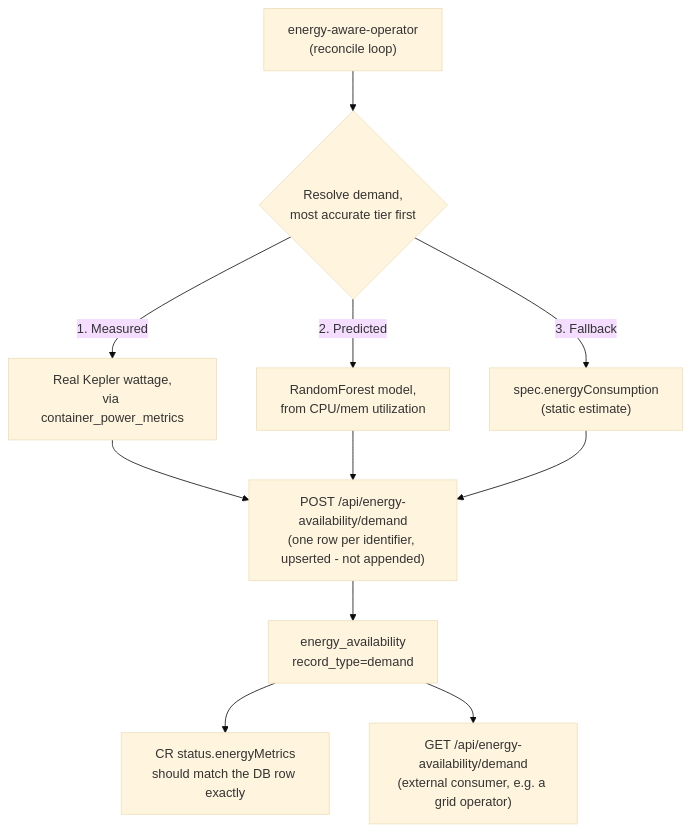
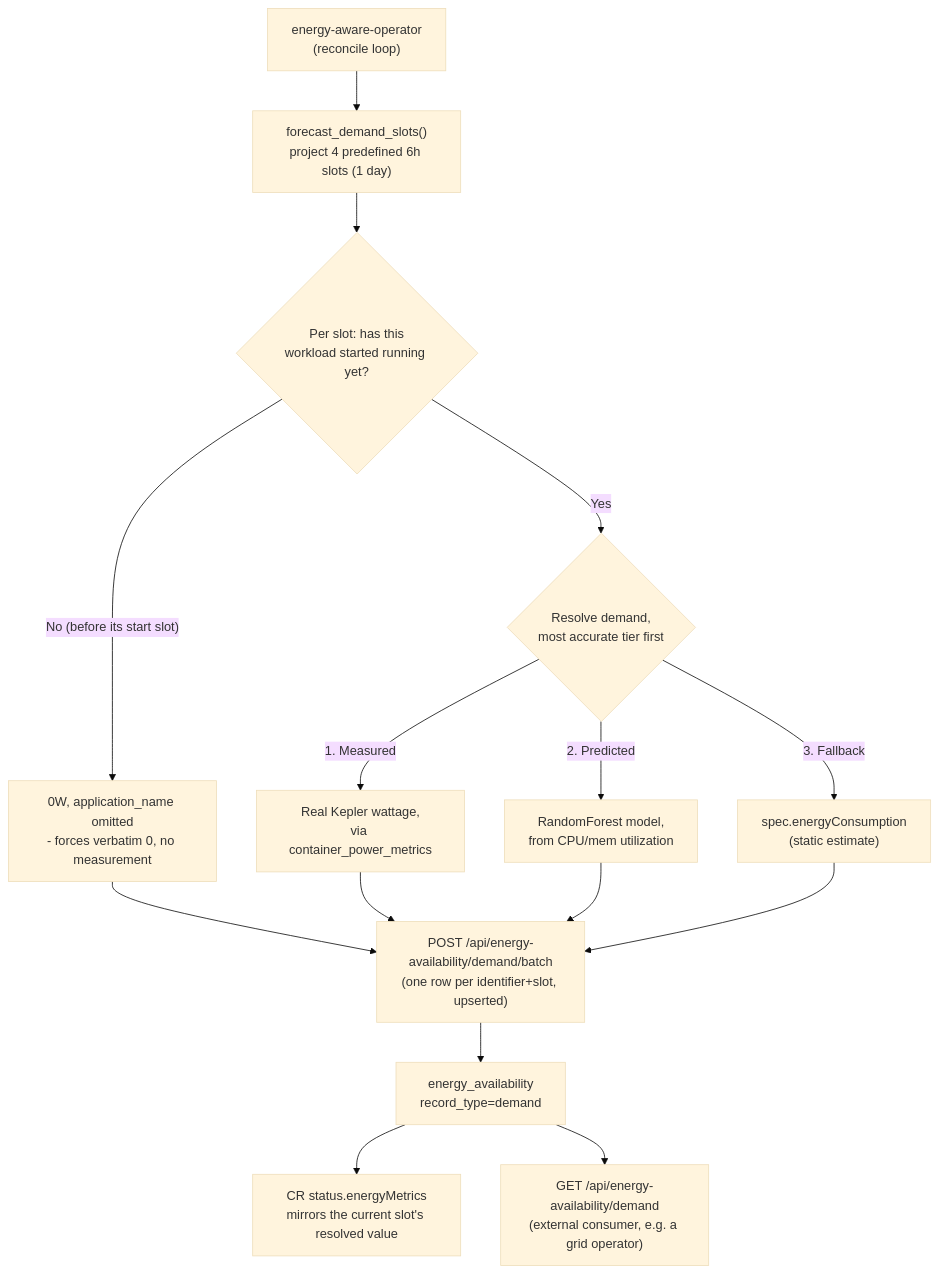
The fifth of 7 diagrams in E2E_DEMO.md (HIRO-MicroDataCenters-BV/energy-aware-orchestrator), drawn with Mermaid (base theme) before and after one commit. The commit also changed other lines of this file and 9 other files, not shown here.

Commit message:
Report and resolve workload demand as a rolling multi-slot forecast (current + next 1 day) instead of a single point, fixing a bug where idle-but-zero Kepler readings masked the fallback estimate, so a grid consumer can see real upcoming demand via the new batch-reporting and GET /demand endpoints

````diff
--- a/E2E_DEMO.md
+++ b/E2E_DEMO.md
@@ -348,13 +352,17 @@
 ```mermaid
 flowchart TD
-    A["energy-aware-operator<br/>(reconcile loop)"] --> B{"Resolve demand,<br/>most accurate tier first"}
-    B -->|"1. Measured"| B1["Real Kepler wattage,<br/>via container_power_metrics"]
-    B -->|"2. Predicted"| B2["RandomForest model,<br/>from CPU/mem utilization"]
-    B -->|"3. Fallback"| B3["spec.energyConsumption<br/>(static estimate)"]
-    B1 --> C["POST /api/energy-availability/demand<br/>(one row per identifier, upserted - not appended)"]
-    B2 --> C
-    B3 --> C
-    C --> D["energy_availability<br/>record_type=demand"]
-    D --> E["CR status.energyMetrics<br/>should match the DB row exactly"]
-    D --> H["GET /api/energy-availability/demand<br/>(external consumer, e.g. a grid operator)"]
+    A["energy-aware-operator<br/>(reconcile loop)"] --> B["forecast_demand_slots()<br/>project 4 predefined 6h slots (1 day)"]
+    B --> C{"Per slot: has this<br/>workload started running yet?"}
+    C -->|"No (before its start slot)"| C1["0W, application_name omitted<br/>- forces verbatim 0, no measurement"]
+    C -->|"Yes"| C2{"Resolve demand,<br/>most accurate tier first"}
+    C2 -->|"1. Measured"| C2a["Real Kepler wattage,<br/>via container_power_metrics"]
+    C2 -->|"2. Predicted"| C2b["RandomForest model,<br/>from CPU/mem utilization"]
+    C2 -->|"3. Fallback"| C2c["spec.energyConsumption<br/>(static estimate)"]
+    C1 --> D["POST /api/energy-availability/demand/batch<br/>(one row per identifier+slot, upserted)"]
+    C2a --> D
+    C2b --> D
+    C2c --> D
+    D --> E["energy_availability<br/>record_type=demand"]
+    E --> F["CR status.energyMetrics<br/>mirrors the current slot's resolved value"]
+    E --> H["GET /api/energy-availability/demand<br/>(external consumer, e.g. a grid operator)"]
 ```
````
